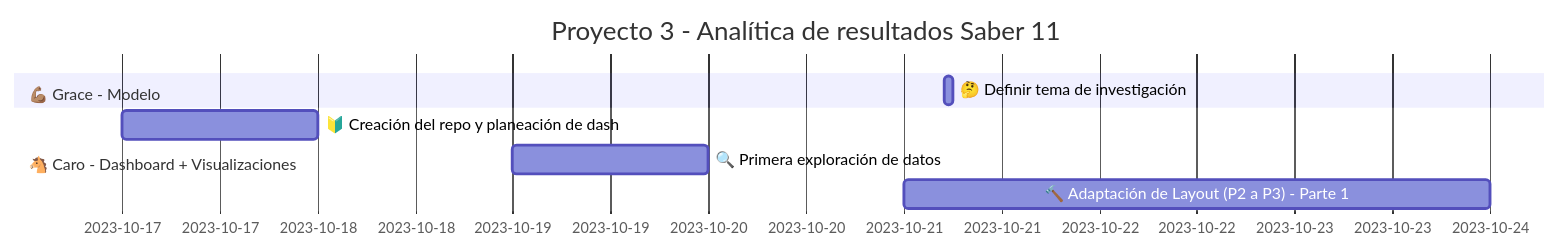
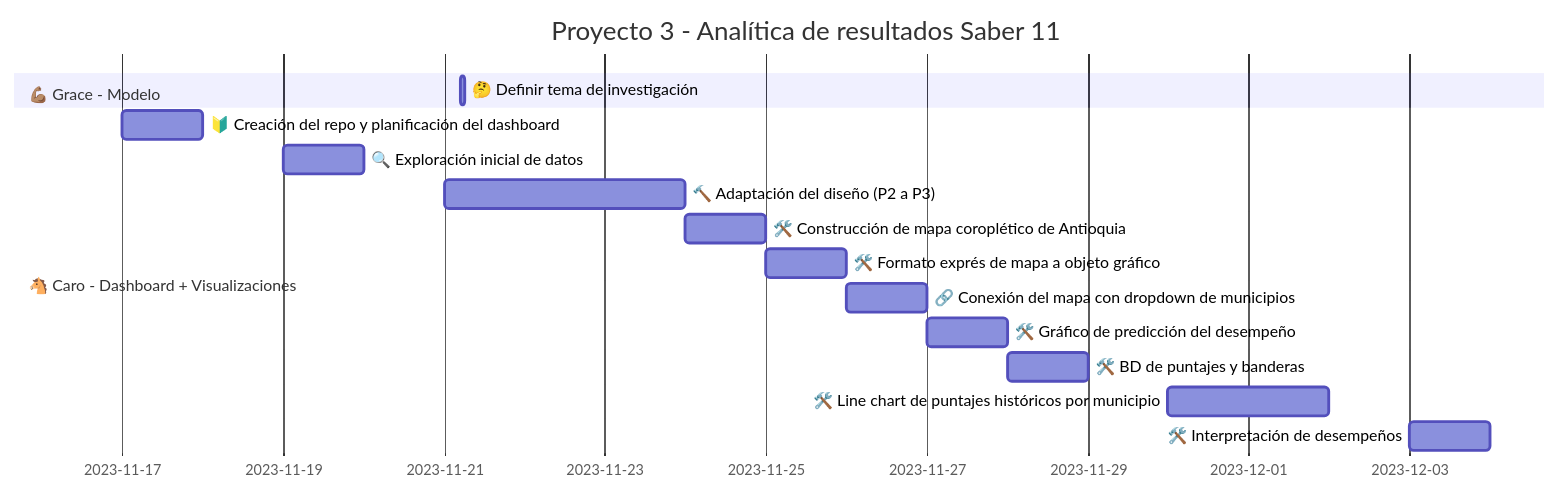
Before and after one commit to zcrodriguez/AC_SABER11_P3: the diagram in README.md, drawn with Mermaid. The commit also changed other lines of this file, not shown here.

Commit message:
Actualización de README.md con avances de proyecto

````diff
--- a/README.md
+++ b/README.md
@@ -5,11 +5,18 @@
 ```mermaid
 gantt
     title Proyecto 3 - Analítica de resultados Saber 11
     dateFormat  YYYY-MM-DD
     section 💪🏽 Grace - Modelo
-    🤔 Definir tema de investigación:2023-10-21 5:00,1h
+    🤔 Definir tema de investigación:2023-11-21 5:00,1h
     section 🐴 Caro - Dashboard + Visualizaciones
-    🔰 Creación del repo y planeación de dash:2023-10-17 0:00,1d
-    🔍 Primera exploración de datos:2023-10-19 0:00,1d
-    🔨 Adaptación de Layout (P2 a P3) - Parte 1:2023-10-21 0:00,72h
+    🔰 Creación del repo y planificación del dashboard: 2023-11-17, 1d
+    🔍 Exploración inicial de datos: 2023-11-19, 1d
+    🔨 Adaptación del diseño (P2 a P3): 2023-11-21, 72h
+    🛠️ Construcción de mapa coroplético de Antioquia: 2023-11-24, 24h
+    🛠️ Formato exprés de mapa a objeto gráfico: 2023-11-25, 1d
+    🔗 Conexión del mapa con dropdown de municipios: 2023-11-26, 1d
+    🛠️ Gráfico de predicción del desempeño: 2023-11-27, 1d
+    🛠️ BD de puntajes y banderas: 2023-11-28, 1d
+    🛠️ Line chart de puntajes históricos por municipio: 2023-11-30, 2d
+    🛠️ Interpretación de desempeños:2023-12-3,1d
 ```
````
